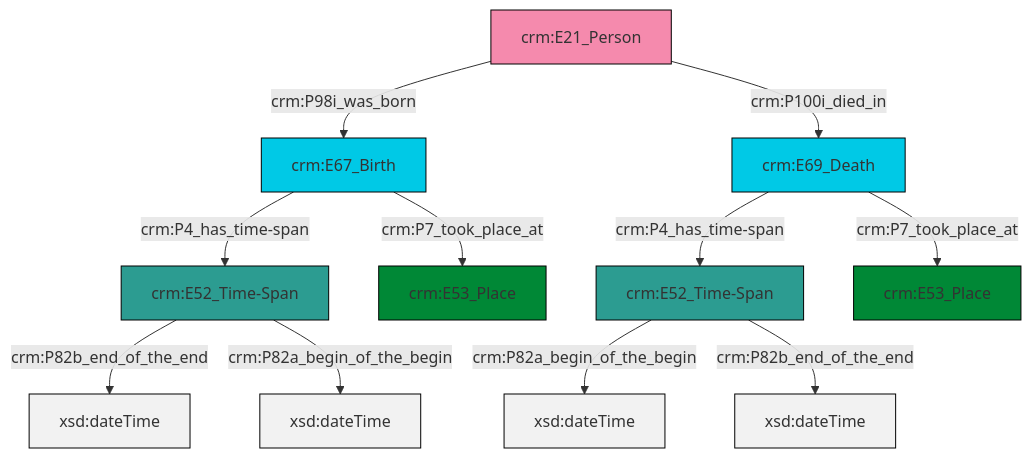
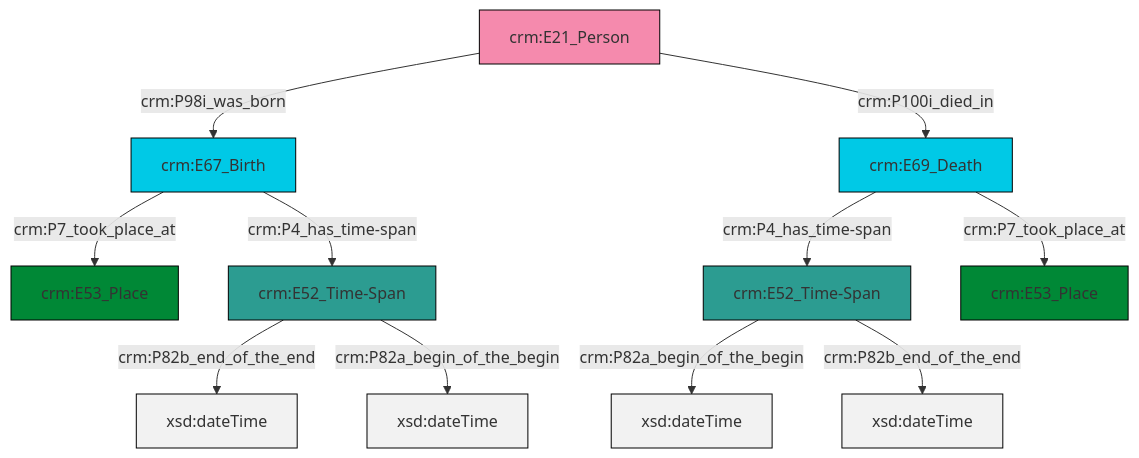
Before and after one commit to swiss-art-research-net/reference-data-models: the diagram in et/personCSV/ttl/mmd/Person_Existence.ttl.mmd, drawn with Mermaid. The commit also changed 125 other files, not shown here.

```diff
--- a/et/personCSV/ttl/mmd/Person_Existence.ttl.mmd
+++ b/et/personCSV/ttl/mmd/Person_Existence.ttl.mmd
@@ -1,25 +1,25 @@
 graph TD
 classDef Literal fill:#f2f2f2,stroke:#000000;
 classDef CRM_Entity fill:#FFFFFF,stroke:#000000;
 classDef Temporal_Entity fill:#00C9E6, stroke:#000000;
 classDef Type fill:#E18312, stroke:#000000;
 classDef Time-Span fill:#2C9C91, stroke:#000000;
 classDef Appellation fill:#FFEB7F, stroke:#000000;
 classDef Place fill:#008836, stroke:#000000;
 classDef Persistent_Item fill:#B266B2, stroke:#000000;
 classDef Conceptual_Object fill:#FFD700, stroke:#000000;
 classDef Physical_Thing fill:#D2B48C, stroke:#000000;
 classDef Actor fill:#f58aad, stroke:#000000;
 classDef PC_Classes fill:#4ce600, stroke:#000000;
 classDef Multi fill:#cccccc,stroke:#000000;
 
-0["crm:E67_Birth"]:::Temporal_Entity -->|crm:P4_has_time-span| 4["crm:E52_Time-Span"]:::Time-Span
-4["crm:E52_Time-Span"]:::Time-Span -->|crm:P82b_end_of_the_end| 7[xsd:dateTime]:::Literal
-2["crm:E21_Person"]:::Actor -->|crm:P98i_was_born| 0["crm:E67_Birth"]:::Temporal_Entity
-4["crm:E52_Time-Span"]:::Time-Span -->|crm:P82a_begin_of_the_begin| 10[xsd:dateTime]:::Literal
-8["crm:E69_Death"]:::Temporal_Entity -->|crm:P4_has_time-span| 11["crm:E52_Time-Span"]:::Time-Span
-0["crm:E67_Birth"]:::Temporal_Entity -->|crm:P7_took_place_at| 13["crm:E53_Place"]:::Place
-11["crm:E52_Time-Span"]:::Time-Span -->|crm:P82a_begin_of_the_begin| 14[xsd:dateTime]:::Literal
-2["crm:E21_Person"]:::Actor -->|crm:P100i_died_in| 8["crm:E69_Death"]:::Temporal_Entity
-11["crm:E52_Time-Span"]:::Time-Span -->|crm:P82b_end_of_the_end| 17[xsd:dateTime]:::Literal
-8["crm:E69_Death"]:::Temporal_Entity -->|crm:P7_took_place_at| 5["crm:E53_Place"]:::Place
+0["crm:E52_Time-Span"]:::Time-Span -->|crm:P82a_begin_of_the_begin| 1[xsd:dateTime]:::Literal
+2["crm:E52_Time-Span"]:::Time-Span -->|crm:P82b_end_of_the_end| 3[xsd:dateTime]:::Literal
+4["crm:E21_Person"]:::Actor -->|crm:P98i_was_born| 5["crm:E67_Birth"]:::Temporal_Entity
+7["crm:E69_Death"]:::Temporal_Entity -->|crm:P4_has_time-span| 0["crm:E52_Time-Span"]:::Time-Span
+5["crm:E67_Birth"]:::Temporal_Entity -->|crm:P7_took_place_at| 8["crm:E53_Place"]:::Place
+7["crm:E69_Death"]:::Temporal_Entity -->|crm:P7_took_place_at| 9["crm:E53_Place"]:::Place
+2["crm:E52_Time-Span"]:::Time-Span -->|crm:P82a_begin_of_the_begin| 10[xsd:dateTime]:::Literal
+0["crm:E52_Time-Span"]:::Time-Span -->|crm:P82b_end_of_the_end| 14[xsd:dateTime]:::Literal
+4["crm:E21_Person"]:::Actor -->|crm:P100i_died_in| 7["crm:E69_Death"]:::Temporal_Entity
+5["crm:E67_Birth"]:::Temporal_Entity -->|crm:P4_has_time-span| 2["crm:E52_Time-Span"]:::Time-Span
```
